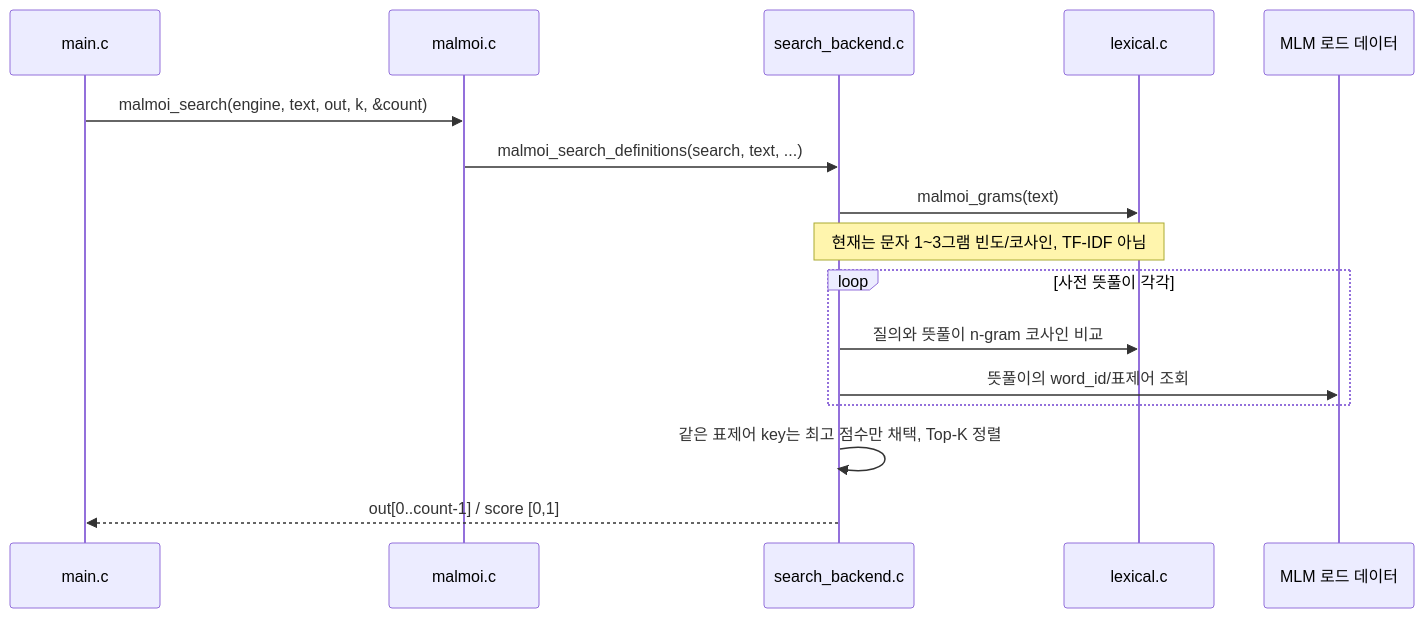
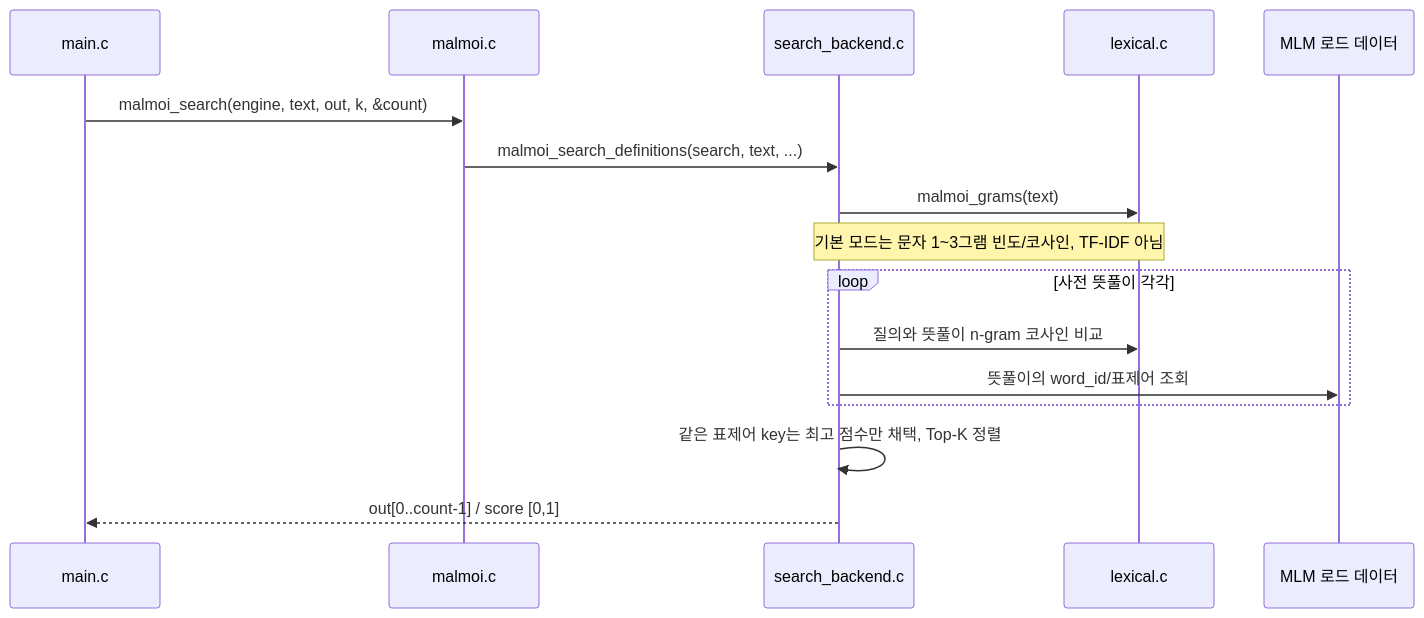
Before and after one commit to SuwonJ/malmoi: the fourth of 5 diagrams in docs/ARCHITECTURE.md, drawn with Mermaid. The commit also changed other lines of this file and 29 other files, not shown here.

````diff
--- a/docs/ARCHITECTURE.md
+++ b/docs/ARCHITECTURE.md
@@ -115,18 +116,18 @@
 ```mermaid
 sequenceDiagram
     participant App as main.c
     participant Facade as malmoi.c
     participant Search as search_backend.c
     participant Lex as lexical.c
     participant DB as MLM 로드 데이터
     App->>Facade: malmoi_search(engine, text, out, k, &count)
     Facade->>Search: malmoi_search_definitions(search, text, ...)
     Search->>Lex: malmoi_grams(text)
-    Note over Search,Lex: 현재는 문자 1~3그램 빈도/코사인, TF-IDF 아님
+    Note over Search,Lex: 기본 모드는 문자 1~3그램 빈도/코사인, TF-IDF 아님
     loop 사전 뜻풀이 각각
         Search->>Lex: 질의와 뜻풀이 n-gram 코사인 비교
         Search->>DB: 뜻풀이의 word_id/표제어 조회
     end
     Search->>Search: 같은 표제어 key는 최고 점수만 채택, Top-K 정렬
     Search-->>App: out[0..count-1] / score [0,1]
 ```
````
